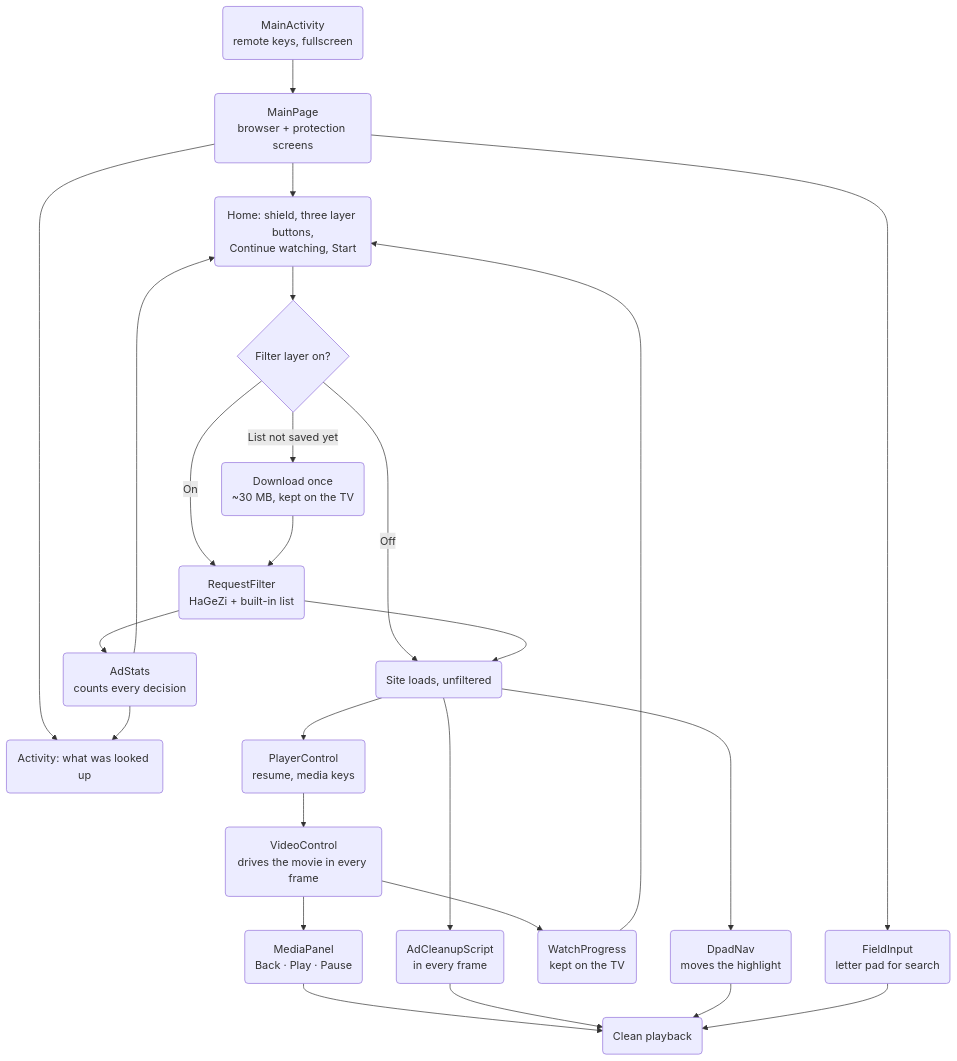
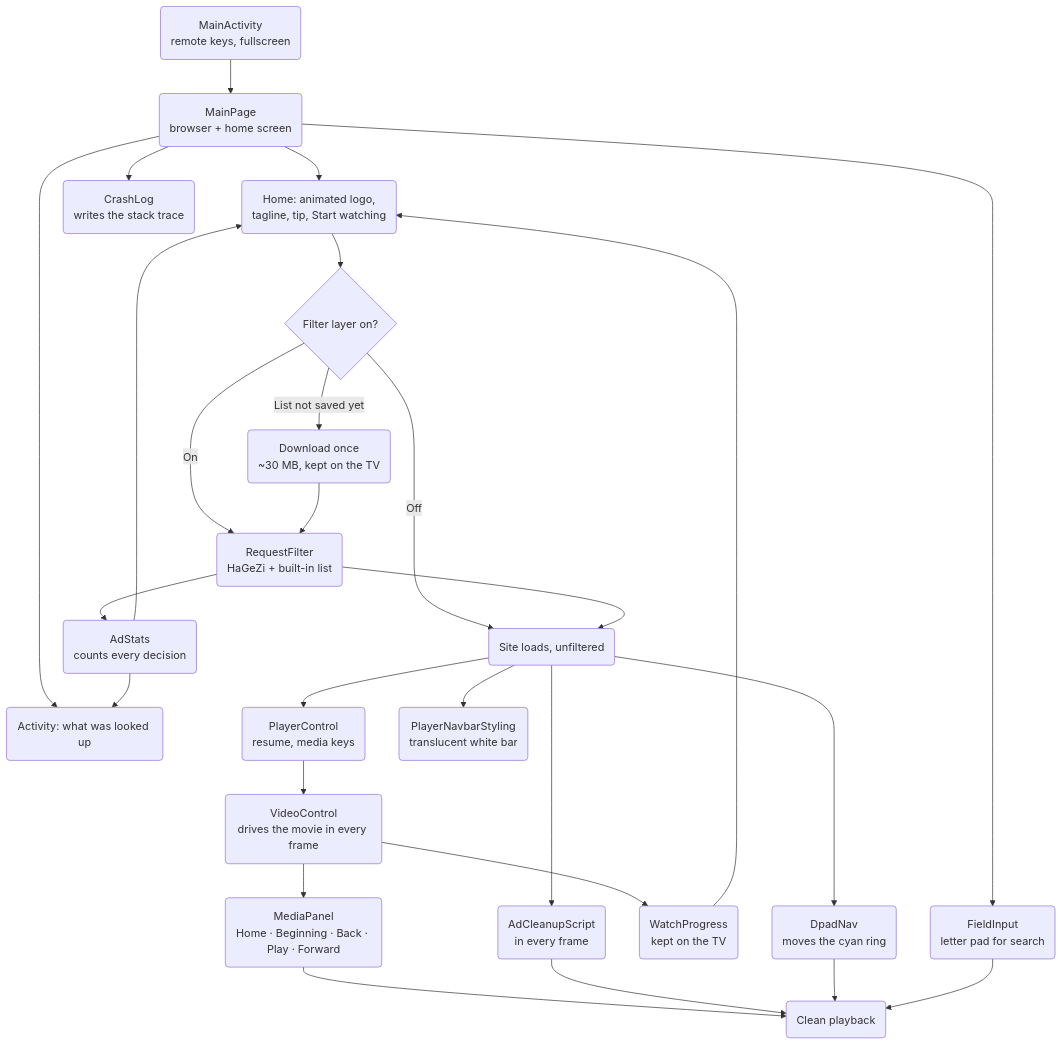
Before and after one commit to User07x07/Un0Tv: the diagram in README.md, drawn with Mermaid. The commit also changed other lines of this file, not shown here.

````diff
--- a/README.md
+++ b/README.md
@@ -59,27 +82,29 @@
 ```mermaid
 flowchart TD
-    A("MainActivity<br/>remote keys, fullscreen") --> B("MainPage<br/>browser + protection screens")
-    B --> H("Home: shield, three layer buttons,<br/>Continue watching, Start")
+    A("MainActivity<br/>remote keys, fullscreen") --> B("MainPage<br/>browser + home screen")
+    B --> H("Home: animated logo,<br/>tagline, tip, Start watching")
     B --> L("Activity: what was looked up")
     H --> C{"Filter layer on?"}
     C -->|"Off"| E("Site loads, unfiltered")
     C -->|"On"| F("RequestFilter<br/>HaGeZi + built-in list")
     C -->|"List not saved yet"| D("Download once<br/>~30 MB, kept on the TV")
     D --> F
     F --> S("AdStats<br/>counts every decision")
     S --> H
     S --> L
     F --> E
     E --> G("AdCleanupScript<br/>in every frame")
-    E --> N("DpadNav<br/>moves the highlight")
+    E --> N("DpadNav<br/>moves the cyan ring")
     E --> P("PlayerControl<br/>resume, media keys")
+    E --> Y("PlayerNavbarStyling<br/>translucent white bar")
     P --> V("VideoControl<br/>drives the movie in every frame")
     V --> Q("WatchProgress<br/>kept on the TV")
     Q --> H
-    V --> M("MediaPanel<br/>Back · Play · Pause")
+    V --> M("MediaPanel<br/>Home · Beginning · Back · Play · Forward")
     M --> I
     G --> I("Clean playback")
     N --> I
     B --> K("FieldInput<br/>letter pad for search")
     K --> I
+    B --> X("CrashLog<br/>writes the stack trace")
 ```
````
